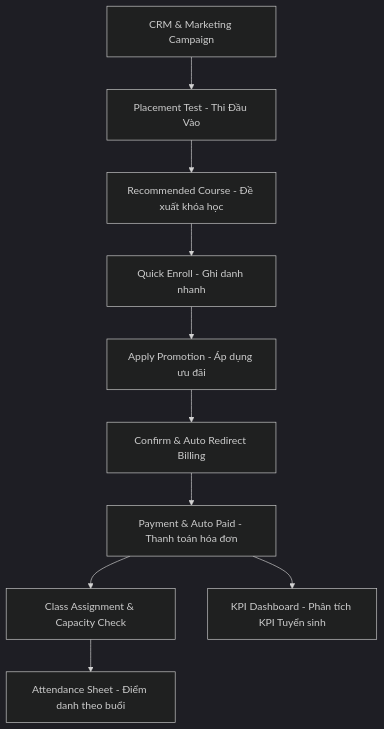
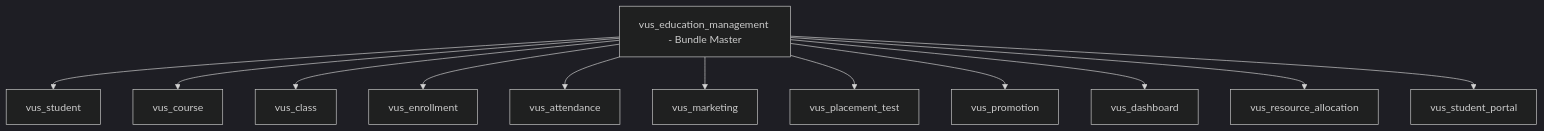
One commit to tuyenhk05/VUS_ODOO changed the first of 3 diagrams in README.md. Above: the diagram before and after it, drawn with Mermaid (dark theme). The commit also changed other lines of this file and 26 other files, not shown here.

Commit message:
docs & feat: Overhaul README report, add VUS Student Portal SPA & real-time inbox notification system

````diff
--- a/README.md
+++ b/README.md
@@ -166,12 +22,14 @@
 ```mermaid
 graph TD
-    A[CRM & Marketing Campaign] --> B[Placement Test - Thi Đầu Vào]
-    B --> C[Recommended Course - Đề xuất khóa học]
-    C --> D[Quick Enroll - Ghi danh nhanh]
-    D --> E[Apply Promotion - Áp dụng ưu đãi]
-    E --> F[Confirm & Auto Redirect Billing]
-    F --> G[Payment & Auto Paid - Thanh toán hóa đơn]
-    G --> H[Class Assignment & Capacity Check]
-    H --> I[Attendance Sheet - Điểm danh theo buổi]
-    G --> J[KPI Dashboard - Phân tích KPI Tuyển sinh]
+    A[vus_education_management - Bundle Master] --> B[vus_student]
+    A --> C[vus_course]
+    A --> D[vus_class]
+    A --> E[vus_enrollment]
+    A --> F[vus_attendance]
+    A --> G[vus_marketing]
+    A --> H[vus_placement_test]
+    A --> I[vus_promotion]
+    A --> J[vus_dashboard]
+    A --> K[vus_resource_allocation]
+    A --> L[vus_student_portal]
 ```
````
